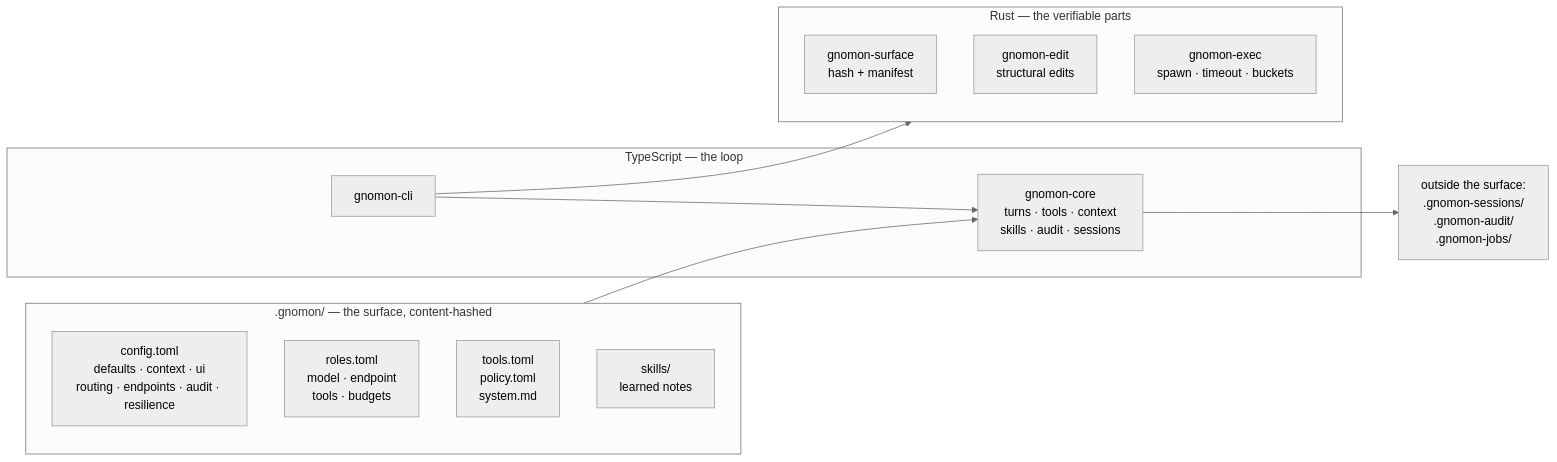
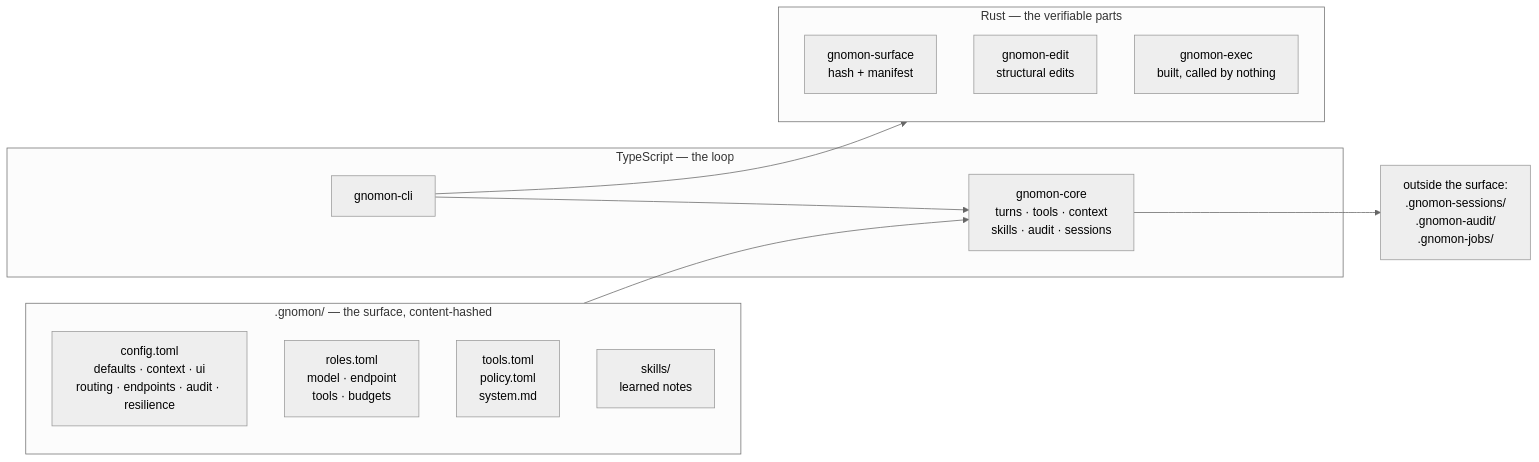
The second of 2 diagrams in README.md (eljaplacido/gnomonharness), drawn with Mermaid (neutral theme) before and after one commit. The commit also changed other lines of this file and 28 other files, not shown here.

````diff
--- a/README.md
+++ b/README.md
@@ -138,25 +142,25 @@
 ```mermaid
 flowchart LR
     subgraph SURFACE[".gnomon/ — the surface, content-hashed"]
         S1["config.toml<br/>defaults · context · ui<br/>routing · endpoints · audit · resilience"]
         S2["roles.toml<br/>model · endpoint<br/>tools · budgets"]
         S3["tools.toml<br/>policy.toml<br/>system.md"]
         S4["skills/<br/>learned notes"]
     end
 
     subgraph TS["TypeScript — the loop"]
         T1["gnomon-core<br/>turns · tools · context<br/>skills · audit · sessions"]
         T2["gnomon-cli"]
     end
 
     subgraph RS["Rust — the verifiable parts"]
         R1["gnomon-surface<br/>hash + manifest"]
         R2["gnomon-edit<br/>structural edits"]
-        R3["gnomon-exec<br/>spawn · timeout · buckets"]
+        R3["gnomon-exec<br/>built, called by nothing"]
     end
 
     SURFACE --> T1
     T2 --> T1
     T2 --> RS
     T1 --> OUT["outside the surface:<br/>.gnomon-sessions/<br/>.gnomon-audit/<br/>.gnomon-jobs/"]
 ```
````
